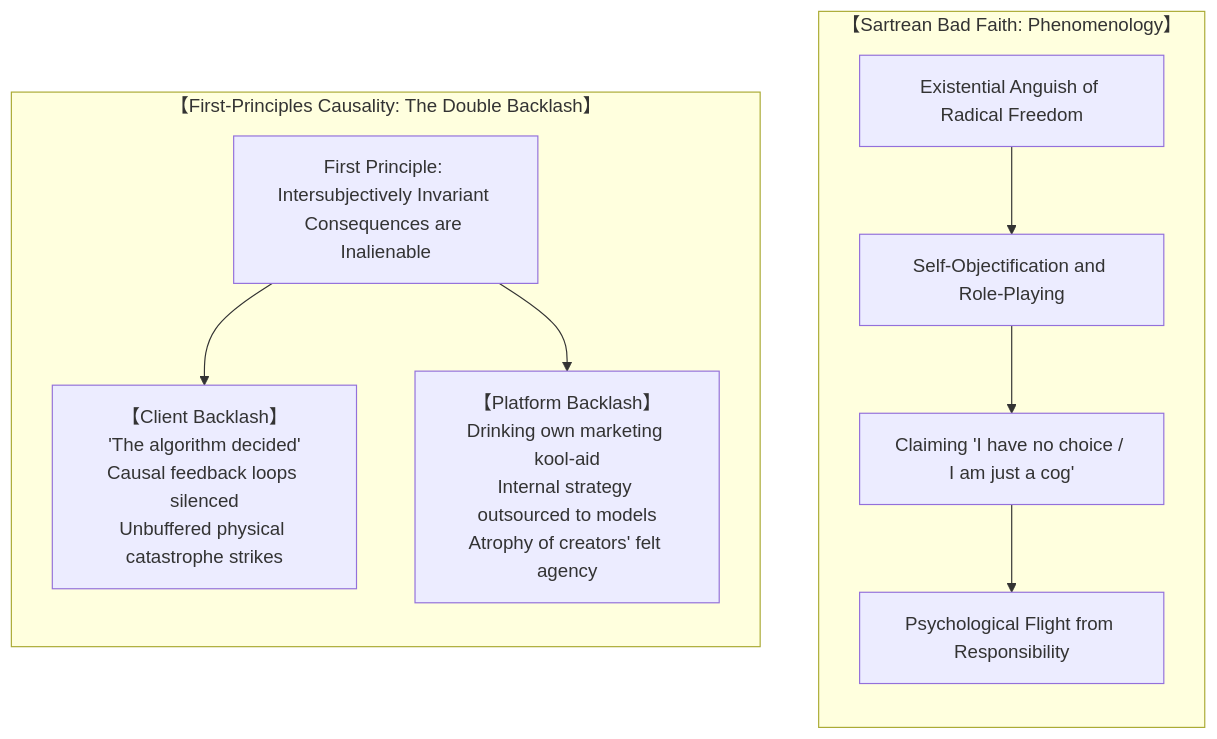
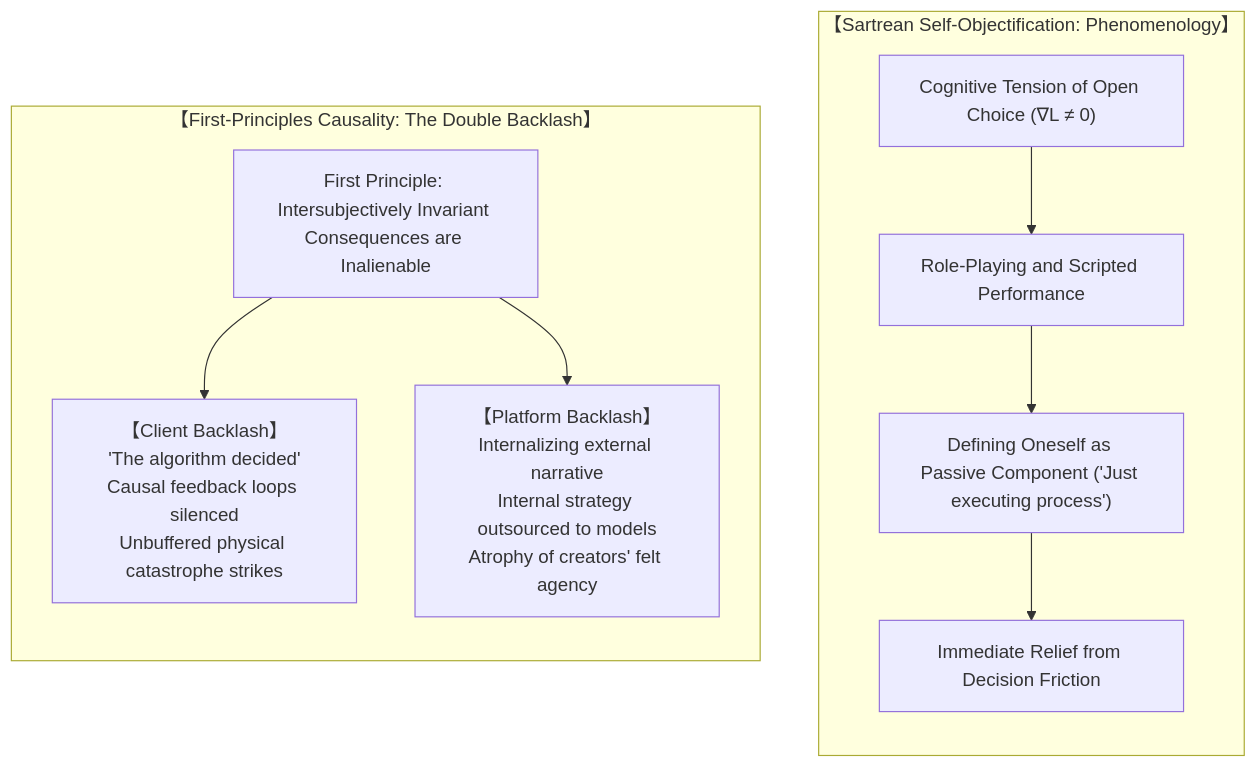
One commit to powerpig99/not-a-toe changed the seventh of 11 diagrams in content/posts/the-delegation-of-the-task-and-the-inalienability-of-consequences.md. Above: the diagram before and after it, drawn with Mermaid. The commit also changed other lines of this file and 4 other files, not shown here.

Commit message:
Refine Post #328: Replace Bad Faith with Self-Objectification and eliminate all moralizing framing

````diff
--- a/content/posts/the-delegation-of-the-task-and-the-inalienability-of-consequences.md
+++ b/content/posts/the-delegation-of-the-task-and-the-inalienability-of-consequences.md
@@ -197,16 +197,16 @@
 ```mermaid
 graph TD
-    subgraph Sartrean_Phenomenology_EN["【Sartrean Bad Faith: Phenomenology】"]
+    subgraph Sartrean_Phenomenology_EN["【Sartrean Self-Objectification: Phenomenology】"]
         direction TB
-        S1_EN["Existential Anguish of Radical Freedom"] --> S2_EN["Self-Objectification and Role-Playing"]
-        S2_EN --> S3_EN["Claiming 'I have no choice / I am just a cog'"]
-        S3_EN --> S4_EN["Psychological Flight from Responsibility"]
+        S1_EN["Cognitive Tension of Open Choice (∇L ≠ 0)"] --> S2_EN["Role-Playing and Scripted Performance"]
+        S2_EN --> S3_EN["Defining Oneself as Passive Component ('Just executing process')"]
+        S3_EN --> S4_EN["Immediate Relief from Decision Friction"]
     end
 
     subgraph Causal_First_Principles_EN["【First-Principles Causality: The Double Backlash】"]
         direction TB
         C_Origin_EN["First Principle: Intersubjectively Invariant Consequences are Inalienable"]
         C_Origin_EN --> B_Client_EN["【Client Backlash】<br/>'The algorithm decided'<br/>Causal feedback loops silenced<br/>Unbuffered physical catastrophe strikes"]
-        C_Origin_EN --> B_Platform_EN["【Platform Backlash】<br/>Drinking own marketing kool-aid<br/>Internal strategy outsourced to models<br/>Atrophy of creators' felt agency"]
+        C_Origin_EN --> B_Platform_EN["【Platform Backlash】<br/>Internalizing external narrative<br/>Internal strategy outsourced to models<br/>Atrophy of creators' felt agency"]
     end
 ```
````
